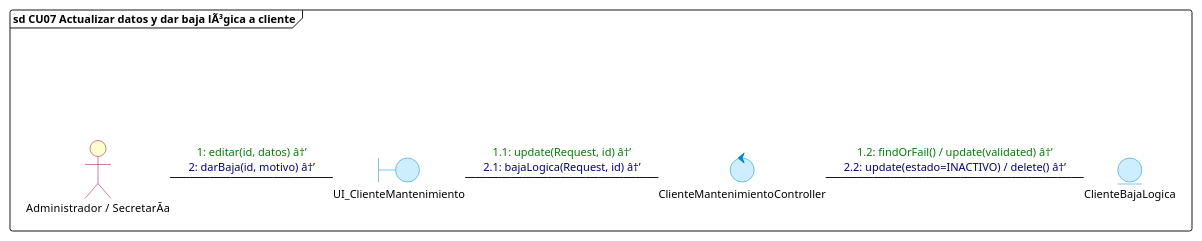
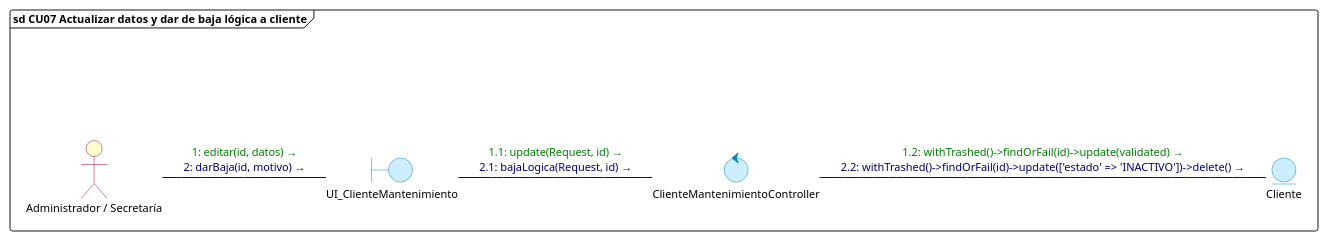
The seventh of 17 diagrams in diagramas/comunicacion/diagramas_comunicacion_todos_cu.puml (DiogoMars777/TELCOM-2.0), drawn with PlantUML before and after one commit. The commit also changed other lines of this file and 16 other files, not shown here.

Commit message:
docs: actualizar diagramas de comunicacion CU01 al CU17 con modelos y tablas canonicas de BD

```diff
--- a/diagramas/comunicacion/diagramas_comunicacion_todos_cu.puml
+++ b/diagramas/comunicacion/diagramas_comunicacion_todos_cu.puml
@@ -198,31 +211,31 @@
 @startuml cu07_actualizar_baja_cliente
 skinparam backgroundColor white
 skinparam defaultFontName "Segoe UI"
 skinparam defaultFontSize 11
 skinparam interfaceBackgroundColor transparent
 skinparam interfaceBorderColor transparent
 skinparam actorBackgroundColor #FEFECE
 skinparam actorBorderColor #A80036
 skinparam boundaryBackgroundColor #CCEEFF
 skinparam boundaryBorderColor #0088CC
 skinparam controlBackgroundColor #CCEEFF
 skinparam controlBorderColor #0088CC
 skinparam entityBackgroundColor #CCEEFF
 skinparam entityBorderColor #0088CC
 
-frame "sd CU07 Actualizar datos y dar baja lÃ³gica a cliente" {
+frame "sd CU07 Actualizar datos y dar de baja lógica a cliente" {
     () " " as spacer
-    actor "Administrador / SecretarÃ­a" as Admin
+    actor "Administrador / Secretaría" as Admin
     boundary UI_ClienteMantenimiento
     control ClienteMantenimientoController
-    entity ClienteBajaLogica
+    entity Cliente
 
     spacer -[hidden]down- Admin
 
-    Admin -right- UI_ClienteMantenimiento : <font color=#008000>1: editar(id, datos) â†’</font>\n<font color=#000080>2: darBaja(id, motivo) â†’</font>
+    Admin -right- UI_ClienteMantenimiento : <font color=#008000>1: editar(id, datos) →</font>\n<font color=#000080>2: darBaja(id, motivo) →</font>
 
-    UI_ClienteMantenimiento -right- ClienteMantenimientoController : <font color=#008000>1.1: update(Request, id) â†’</font>\n<font color=#000080>2.1: bajaLogica(Request, id) â†’</font>
+    UI_ClienteMantenimiento -right- ClienteMantenimientoController : <font color=#008000>1.1: update(Request, id) →</font>\n<font color=#000080>2.1: bajaLogica(Request, id) →</font>
 
-    ClienteMantenimientoController -right- ClienteBajaLogica : <font color=#008000>1.2: findOrFail() / update(validated) â†’</font>\n<font color=#000080>2.2: update(estado=INACTIVO) / delete() â†’</font>
+    ClienteMantenimientoController -right- Cliente : <font color=#008000>1.2: withTrashed()->findOrFail(id)->update(validated) →</font>\n<font color=#000080>2.2: withTrashed()->findOrFail(id)->update(['estado' => 'INACTIVO'])->delete() →</font>
 }
 @enduml
```
